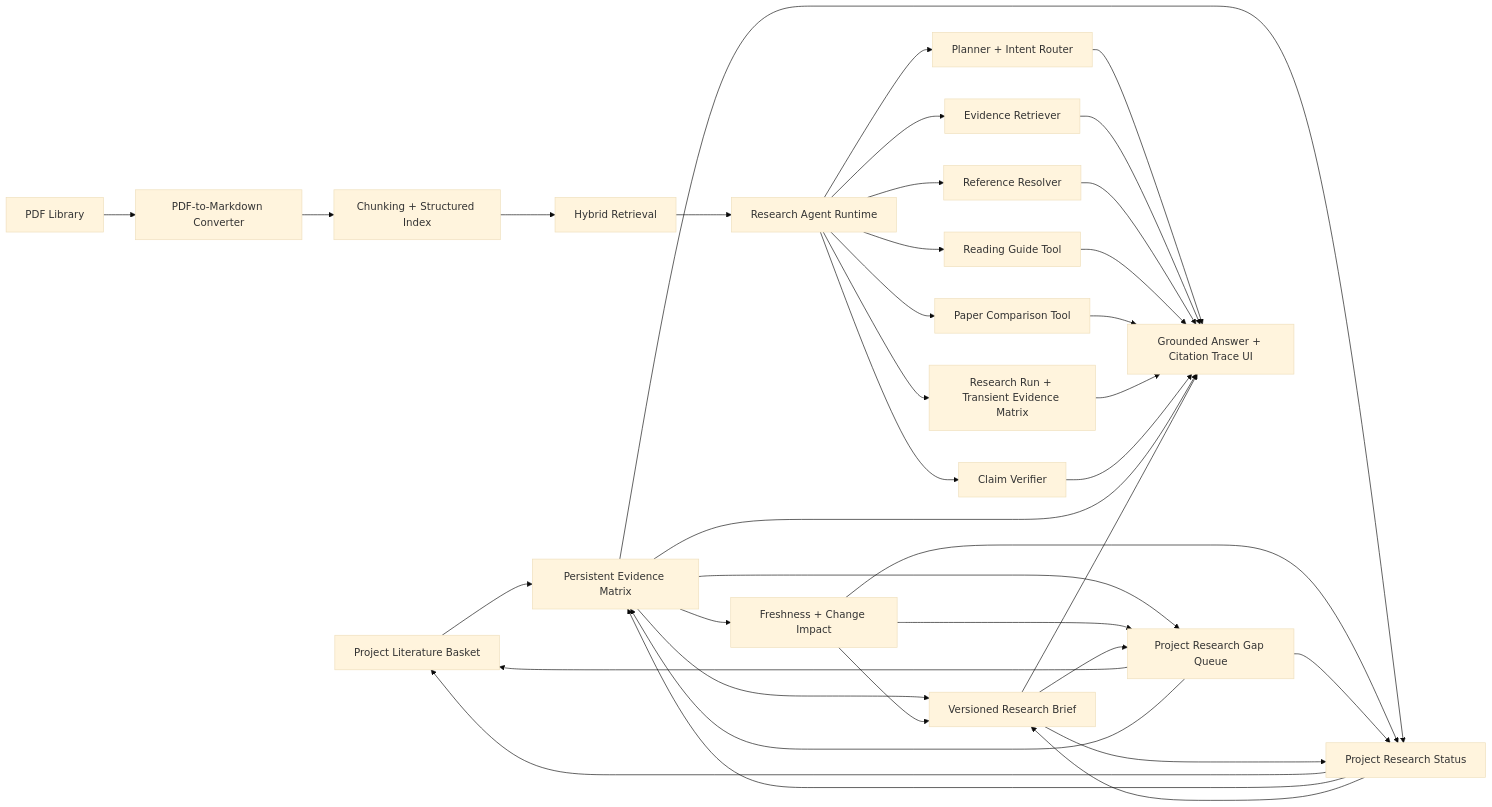
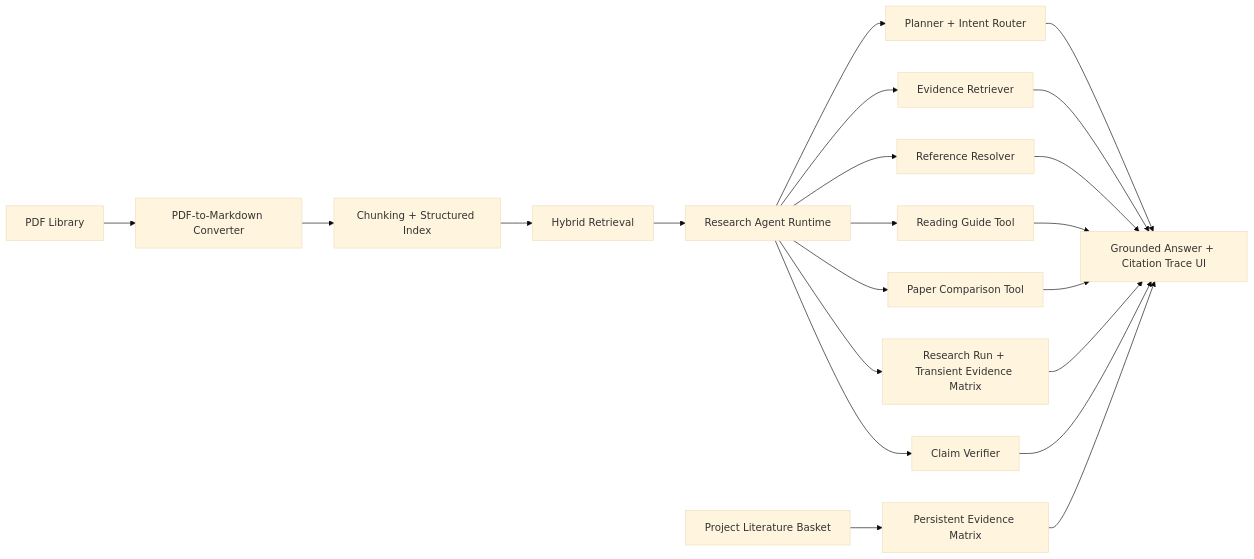
The diagram in README.md (LittlePyx/Pi_zaya), drawn with Mermaid (base theme) before and after one commit. The commit also changed other lines of this file and 28 other files, not shown here.

````diff
--- a/README.md
+++ b/README.md
@@ -94,39 +88,23 @@
 ```mermaid
 flowchart LR
   A["PDF Library"] --> B["PDF-to-Markdown Converter"]
   B --> C["Chunking + Structured Index"]
   C --> D["Hybrid Retrieval"]
   D --> E["Research Agent Runtime"]
   E --> P["Planner + Intent Router"]
   E --> R["Evidence Retriever"]
   E --> X["Reference Resolver"]
   E --> G["Reading Guide Tool"]
   E --> M["Paper Comparison Tool"]
   E --> Q["Research Run + Transient Evidence Matrix"]
   E --> V["Claim Verifier"]
   L["Project Literature Basket"] --> EM["Persistent Evidence Matrix"]
-  EM --> RB["Versioned Research Brief"]
-  EM --> F["Freshness + Change Impact"]
-  F --> RB
-  EM --> RG["Project Research Gap Queue"]
-  F --> RG
-  RB --> RG
-  EM --> PS["Project Research Status"]
-  F --> PS
-  RG --> PS
-  RB --> PS
-  PS --> L
-  PS --> EM
-  PS --> RB
-  RG --> L
-  RG --> EM
   P --> O["Grounded Answer + Citation Trace UI"]
   R --> O
   X --> O
   G --> O
   M --> O
   Q --> O
   V --> O
   EM --> O
-  RB --> O
 ```
````
